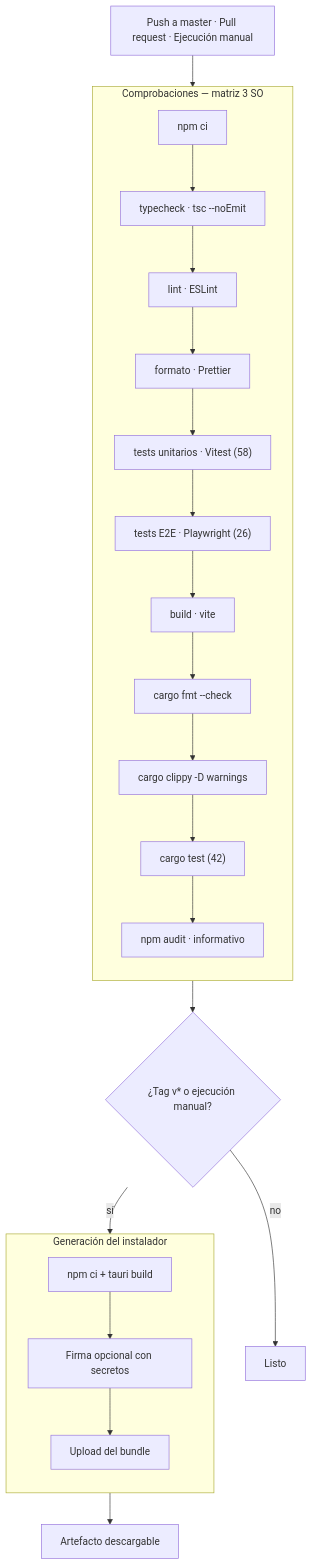
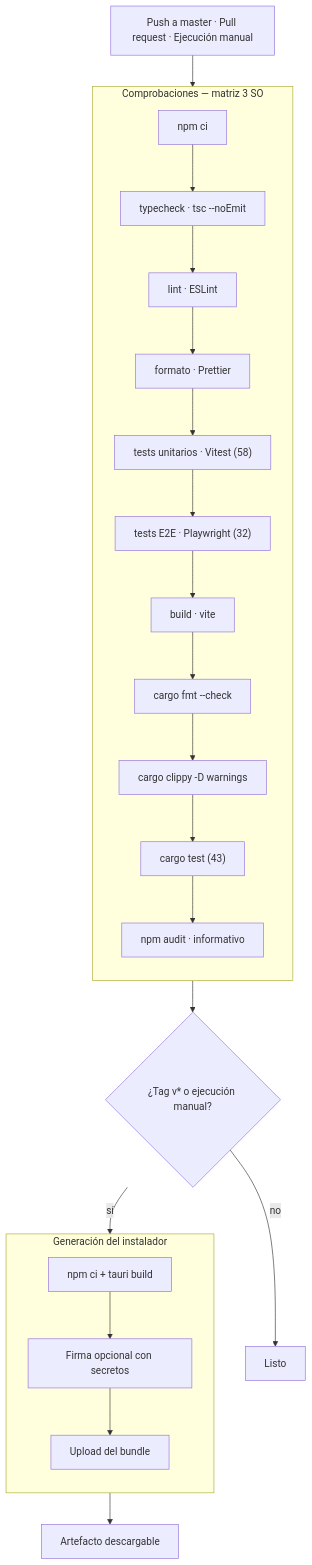
One commit to YordanoCS1/sakura-music changed the diagram in docs/pipeline.md. Above: the diagram before and after it, drawn with Mermaid. The commit also changed other lines of this file and 38 other files, not shown here.

````diff
--- a/docs/pipeline.md
+++ b/docs/pipeline.md
@@ -7,29 +7,29 @@
 ```mermaid
 flowchart TD
     IN["Push a master · Pull request · Ejecución manual"] --> CHK
 
     subgraph CHK["Comprobaciones — matriz 3 SO"]
       direction TB
       S1["npm ci"] --> S2["typecheck · tsc --noEmit"]
       S2 --> S3["lint · ESLint"]
       S3 --> S4["formato · Prettier"]
       S4 --> S5["tests unitarios · Vitest (58)"]
-      S5 --> S6["tests E2E · Playwright (26)"]
+      S5 --> S6["tests E2E · Playwright (32)"]
       S6 --> S7["build · vite"]
       S7 --> S8["cargo fmt --check"]
       S8 --> S9["cargo clippy -D warnings"]
-      S9 --> S10["cargo test (42)"]
+      S9 --> S10["cargo test (43)"]
       S10 --> S11["npm audit · informativo"]
     end
 
     CHK --> GATE{"¿Tag v* o ejecución manual?"}
     GATE -->|"no"| FIN["Listo"]
     GATE -->|"sí"| BUILD["Job build · windows-latest"]
 
     subgraph BUILD["Generación del instalador"]
       direction TB
       B1["npm ci + tauri build"] --> B2["Firma opcional con secretos"] --> B3["Upload del bundle"]
     end
 
     BUILD --> FIN2["Artefacto descargable"]
 ```
````
